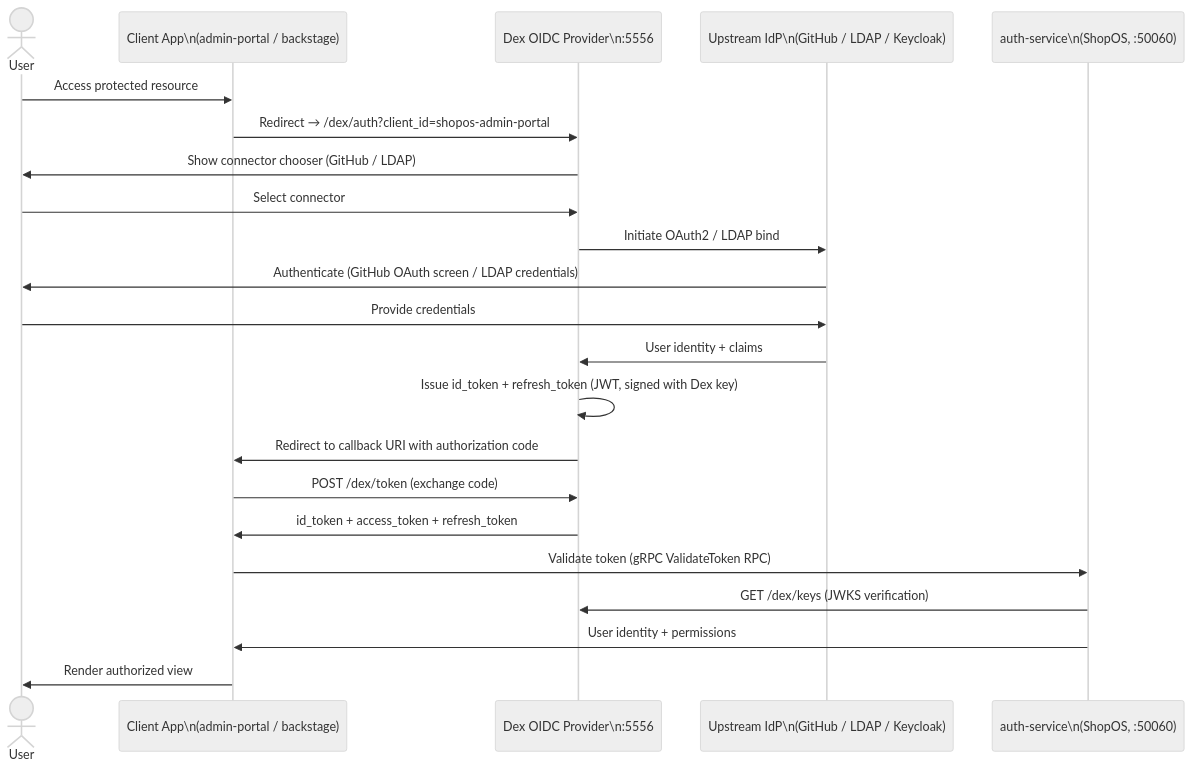
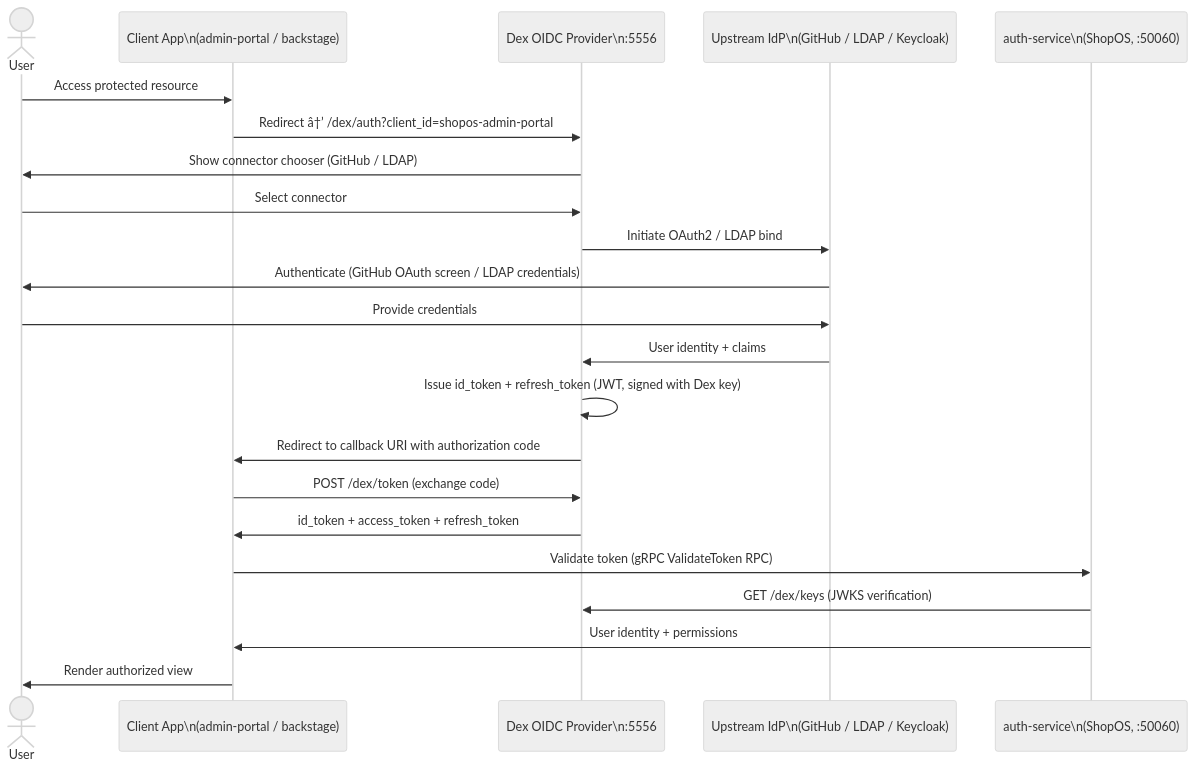
The diagram in security/dex/README.md (prabhat-roy/ShopOS), drawn with Mermaid (neutral theme) before and after one commit. The commit also changed other lines of this file and 403 other files, not shown here.

````diff
--- a/security/dex/README.md
+++ b/security/dex/README.md
@@ -15,25 +15,25 @@
 ```mermaid
 sequenceDiagram
     actor User
     participant App as Client App\n(admin-portal / backstage)
     participant Dex as Dex OIDC Provider\n:5556
     participant Upstream as Upstream IdP\n(GitHub / LDAP / Keycloak)
     participant AuthSvc as auth-service\n(ShopOS, :50060)
 
     User->>App: Access protected resource
-    App->>Dex: Redirect → /dex/auth?client_id=shopos-admin-portal
+    App->>Dex: Redirect â†’ /dex/auth?client_id=shopos-admin-portal
     Dex->>User: Show connector chooser (GitHub / LDAP)
     User->>Dex: Select connector
     Dex->>Upstream: Initiate OAuth2 / LDAP bind
     Upstream->>User: Authenticate (GitHub OAuth screen / LDAP credentials)
     User->>Upstream: Provide credentials
     Upstream->>Dex: User identity + claims
     Dex->>Dex: Issue id_token + refresh_token (JWT, signed with Dex key)
     Dex->>App: Redirect to callback URI with authorization code
     App->>Dex: POST /dex/token (exchange code)
     Dex->>App: id_token + access_token + refresh_token
     App->>AuthSvc: Validate token (gRPC ValidateToken RPC)
     AuthSvc->>Dex: GET /dex/keys (JWKS verification)
     AuthSvc->>App: User identity + permissions
     App->>User: Render authorized view
 ```
````
